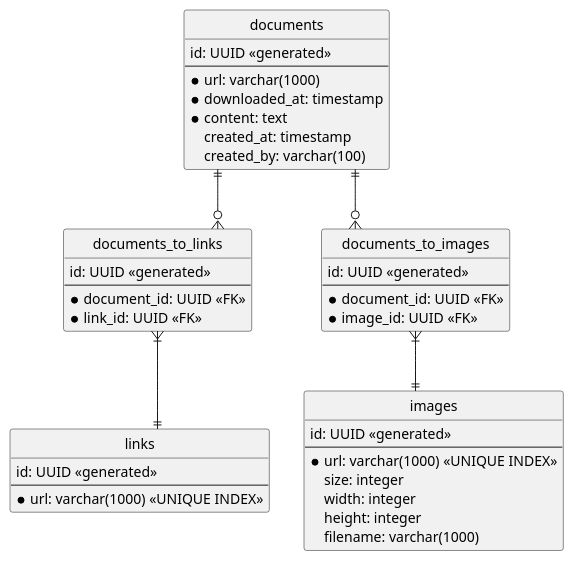
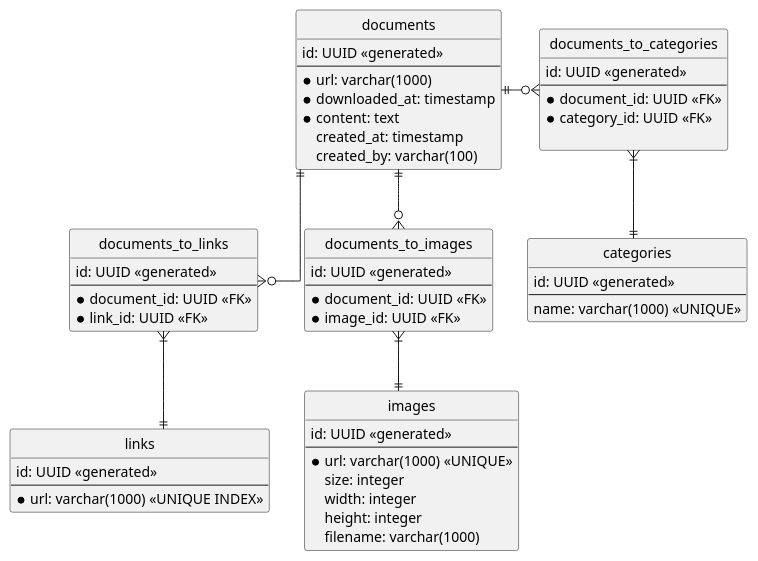
Before and after one commit to jdufner/WebScraper: the diagram in WebScraper Data Model.puml, drawn with PlantUML. The commit also changed 4 other files, not shown here.

```diff
--- a/WebScraper Data Model.puml
+++ b/WebScraper Data Model.puml
@@ -1,52 +1,67 @@
 @startuml
 
 hide circle
 skinparam linetype ortho
 
 entity documents {
     id: UUID <<generated>>
     --
     * url: varchar(1000)
     * downloaded_at: timestamp
     * content: text
     created_at: timestamp
     created_by: varchar(100)
 }
 
 entity links {
     id: UUID <<generated>>
     --
     * url: varchar(1000) <<UNIQUE INDEX>>
 }
 
 entity documents_to_links {
     id: UUID <<generated>>
     --
     * document_id: UUID <<FK>>
     * link_id: UUID <<FK>>
 }
 
 entity images {
     id: UUID <<generated>>
     --
-    * url: varchar(1000) <<UNIQUE INDEX>>
+    * url: varchar(1000) <<UNIQUE>>
     size: integer
     width: integer
     height: integer
     filename: varchar(1000)
 }
 
 entity documents_to_images {
     id: UUID <<generated>>
     --
     * document_id: UUID <<FK>>
     * image_id: UUID <<FK>>
 }
 
+entity categories {
+    id: UUID <<generated>>
+    --
+    name: varchar(1000) <<UNIQUE>>
+}
+
+entity documents_to_categories {
+    id: UUID <<generated>>
+    --
+    * document_id: UUID <<FK>>
+    * category_id: UUID <<FK>>
+
+}
 
 documents ||--o{ documents_to_links
 documents_to_links }|--|| links
 documents ||--o{ documents_to_images
 documents_to_images }|--|| images
+documents ||-o{ documents_to_categories
+documents_to_categories }|--|| categories
 
 @enduml
```
